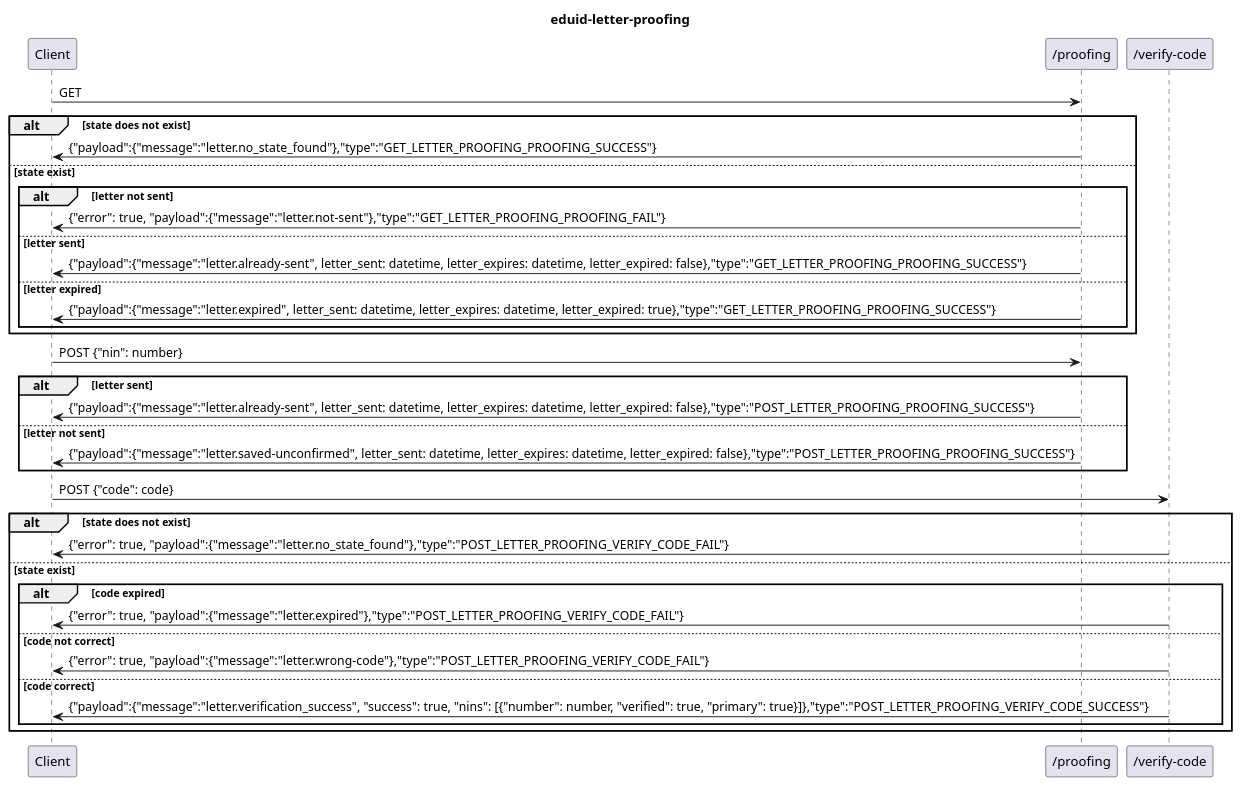
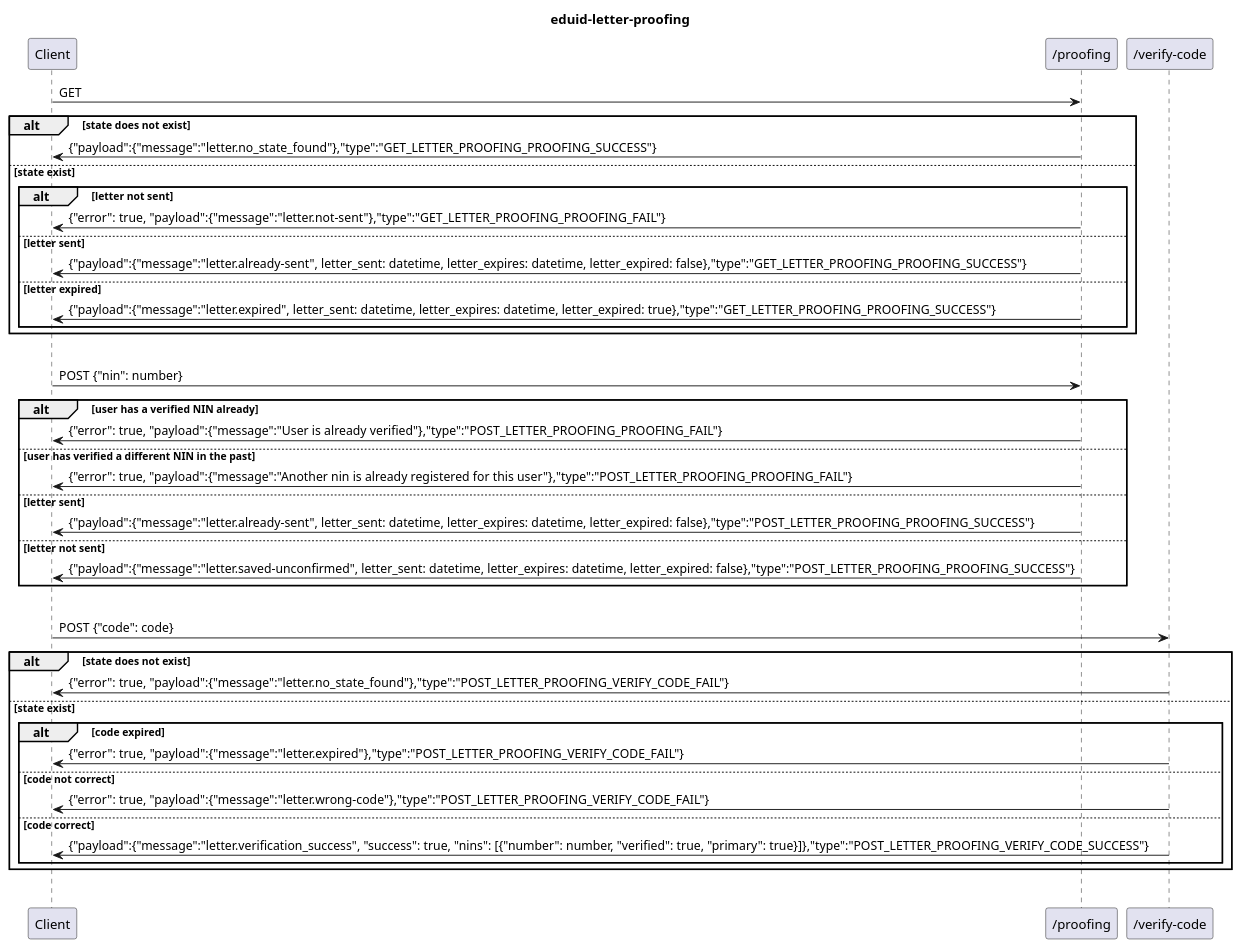
One commit to SUNET/eduid-backend changed the diagram in doc/letter_proofing.puml. Above: the diagram before and after it, drawn with PlantUML. The commit also changed 1 other file, not shown here.

Commit message:
document two more possible error responses for POST /proofing

```diff
--- a/doc/letter_proofing.puml
+++ b/doc/letter_proofing.puml
@@ -1,36 +1,43 @@
 @startuml
 title eduid-letter-proofing
 
 Client->"/proofing": GET
 alt state does not exist
     "/proofing"->Client: {"payload":{"message":"letter.no_state_found"},"type":"GET_LETTER_PROOFING_PROOFING_SUCCESS"}
 else state exist
     alt letter not sent
         "/proofing"->Client: {"error": true, "payload":{"message":"letter.not-sent"},"type":"GET_LETTER_PROOFING_PROOFING_FAIL"}
     else letter sent
         "/proofing"->Client: {"payload":{"message":"letter.already-sent", letter_sent: datetime, letter_expires: datetime, letter_expired: false},"type":"GET_LETTER_PROOFING_PROOFING_SUCCESS"}
     else letter expired
         "/proofing"->Client: {"payload":{"message":"letter.expired", letter_sent: datetime, letter_expires: datetime, letter_expired: true},"type":"GET_LETTER_PROOFING_PROOFING_SUCCESS"}
     end
 end
+|||
 
 Client->"/proofing": POST {"nin": number}
-alt letter sent
+alt user has a verified NIN already
+    "/proofing"->Client: {"error": true, "payload":{"message":"User is already verified"},"type":"POST_LETTER_PROOFING_PROOFING_FAIL"}
+else user has verified a different NIN in the past
+    "/proofing"->Client: {"error": true, "payload":{"message":"Another nin is already registered for this user"},"type":"POST_LETTER_PROOFING_PROOFING_FAIL"}
+else letter sent
     "/proofing"->Client: {"payload":{"message":"letter.already-sent", letter_sent: datetime, letter_expires: datetime, letter_expired: false},"type":"POST_LETTER_PROOFING_PROOFING_SUCCESS"}
 else letter not sent
     "/proofing"->Client: {"payload":{"message":"letter.saved-unconfirmed", letter_sent: datetime, letter_expires: datetime, letter_expired: false},"type":"POST_LETTER_PROOFING_PROOFING_SUCCESS"}
 end
+|||
 
 Client -> "/verify-code": POST {"code": code}
 alt state does not exist
     "/verify-code"->Client: {"error": true, "payload":{"message":"letter.no_state_found"},"type":"POST_LETTER_PROOFING_VERIFY_CODE_FAIL"}
 else state exist
     alt code expired
         "/verify-code"->Client: {"error": true, "payload":{"message":"letter.expired"},"type":"POST_LETTER_PROOFING_VERIFY_CODE_FAIL"}
     else code not correct
         "/verify-code"->Client: {"error": true, "payload":{"message":"letter.wrong-code"},"type":"POST_LETTER_PROOFING_VERIFY_CODE_FAIL"}
     else code correct
         "/verify-code"->Client: {"payload":{"message":"letter.verification_success", "success": true, "nins": [{"number": number, "verified": true, "primary": true}]},"type":"POST_LETTER_PROOFING_VERIFY_CODE_SUCCESS"}
     end
 end
+|||
 @enduml
```
